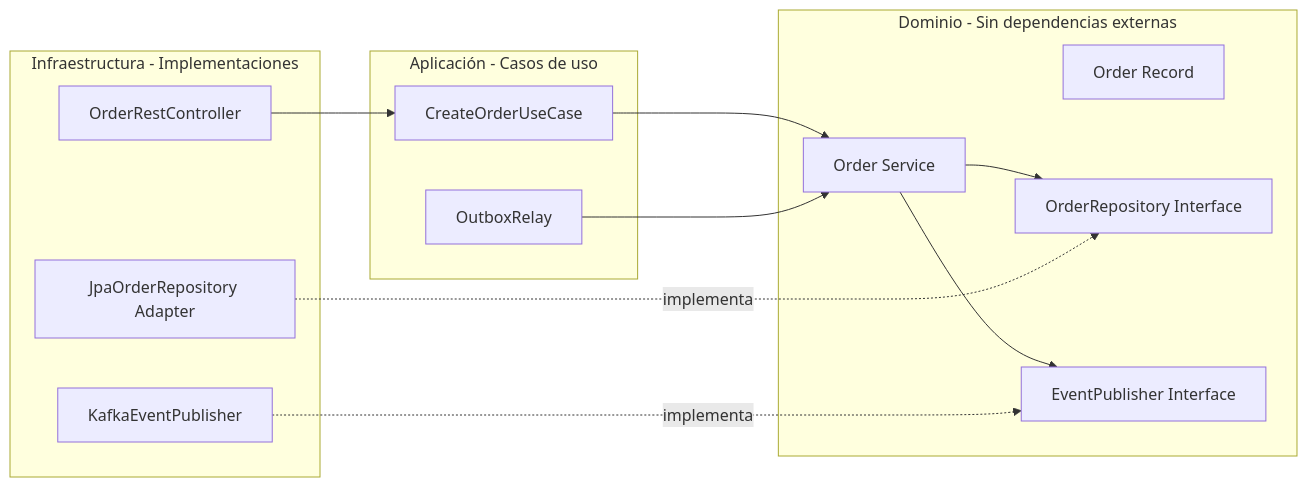
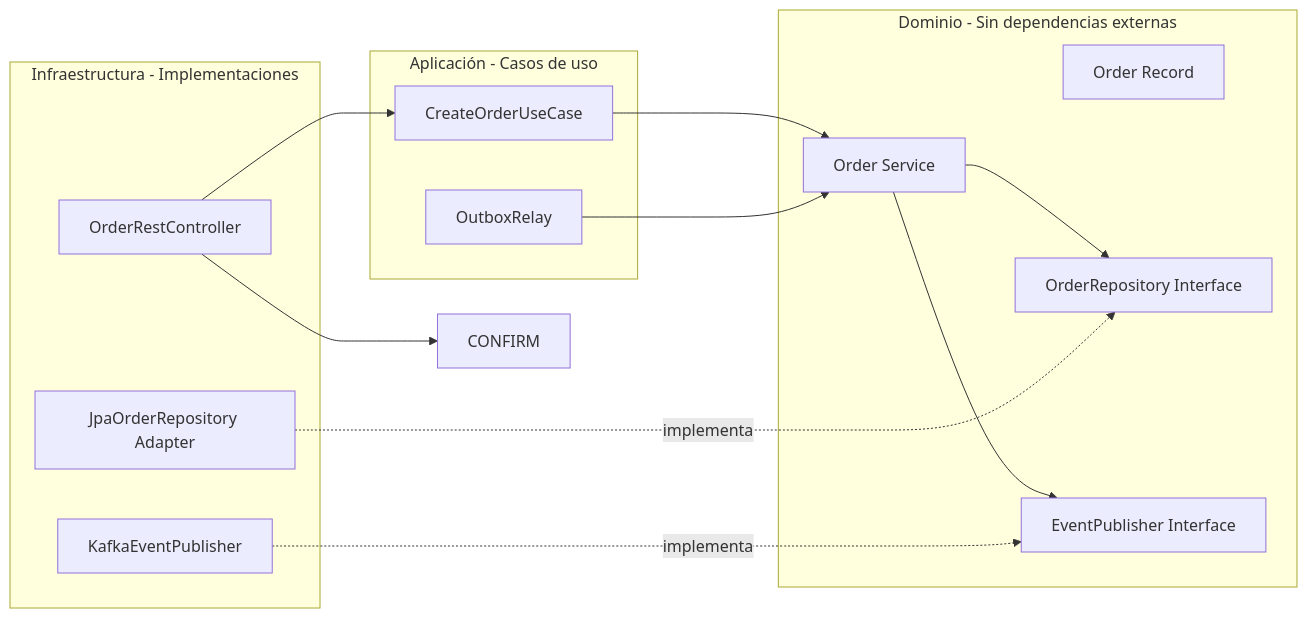
Before and after one commit to Joaquinriosheredia/DAM-Java-Mastery: the second of 5 diagrams in 02_Arquitectura/anti-patterns_en_microservicios_y_como_evitarlos_con_java_21_STAFF.md, drawn with Mermaid. The commit also changed other lines of this file, not shown here.

````diff
--- a/02_Arquitectura/anti-patterns_en_microservicios_y_como_evitarlos_con_java_21_STAFF.md
+++ b/02_Arquitectura/anti-patterns_en_microservicios_y_como_evitarlos_con_java_21_STAFF.md
@@ -158,28 +170,29 @@
 ```mermaid
 graph LR
     subgraph "Dominio - Sin dependencias externas"
         ORD[Order Record]
         SRV[Order Service]
         REP[OrderRepository Interface]
         EVT[EventPublisher Interface]
     end
     
     subgraph "Aplicación - Casos de uso"
         CREATE[CreateOrderUseCase]
         OUTBOX[OutboxRelay]
     end
     
     subgraph "Infraestructura - Implementaciones"
         JPA[JpaOrderRepository Adapter]
         KAFKA[KafkaEventPublisher]
         CTRL[OrderRestController]
     end
     
     CREATE --> SRV
     OUTBOX --> SRV
     SRV --> REP
     SRV --> EVT
     JPA -.->|implementa| REP
     KAFKA -.->|implementa| EVT
     CTRL --> CREATE
+    CTRL --> CONFIRM
 ```
````
